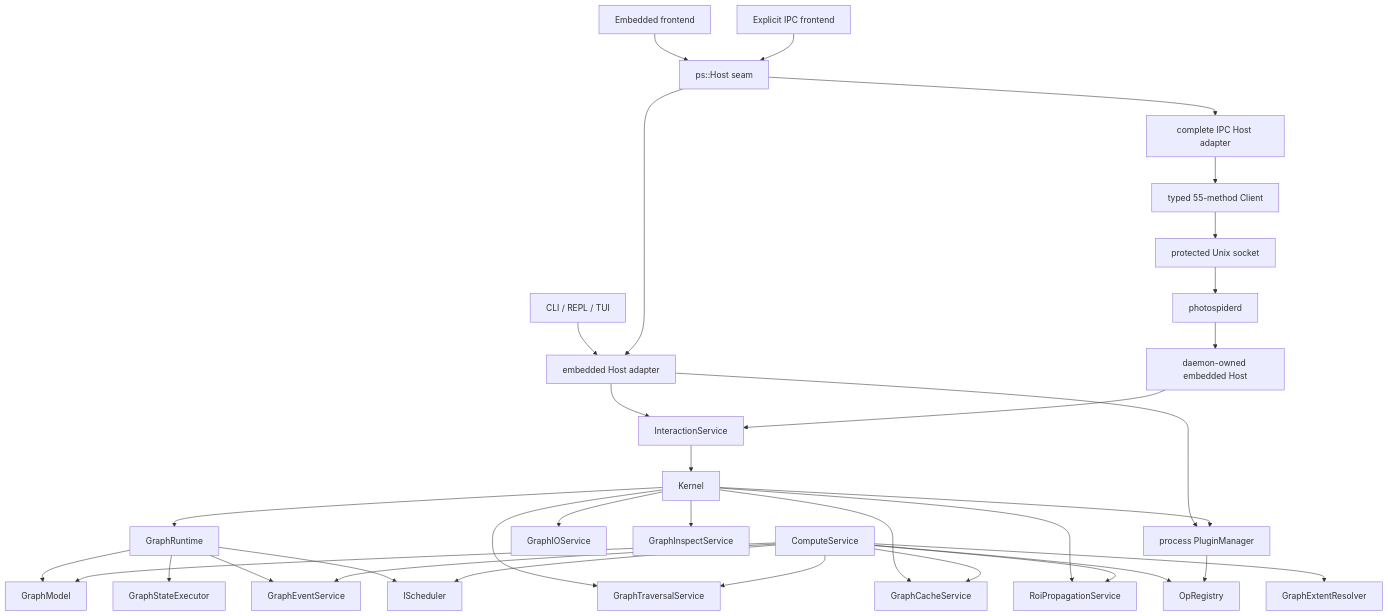
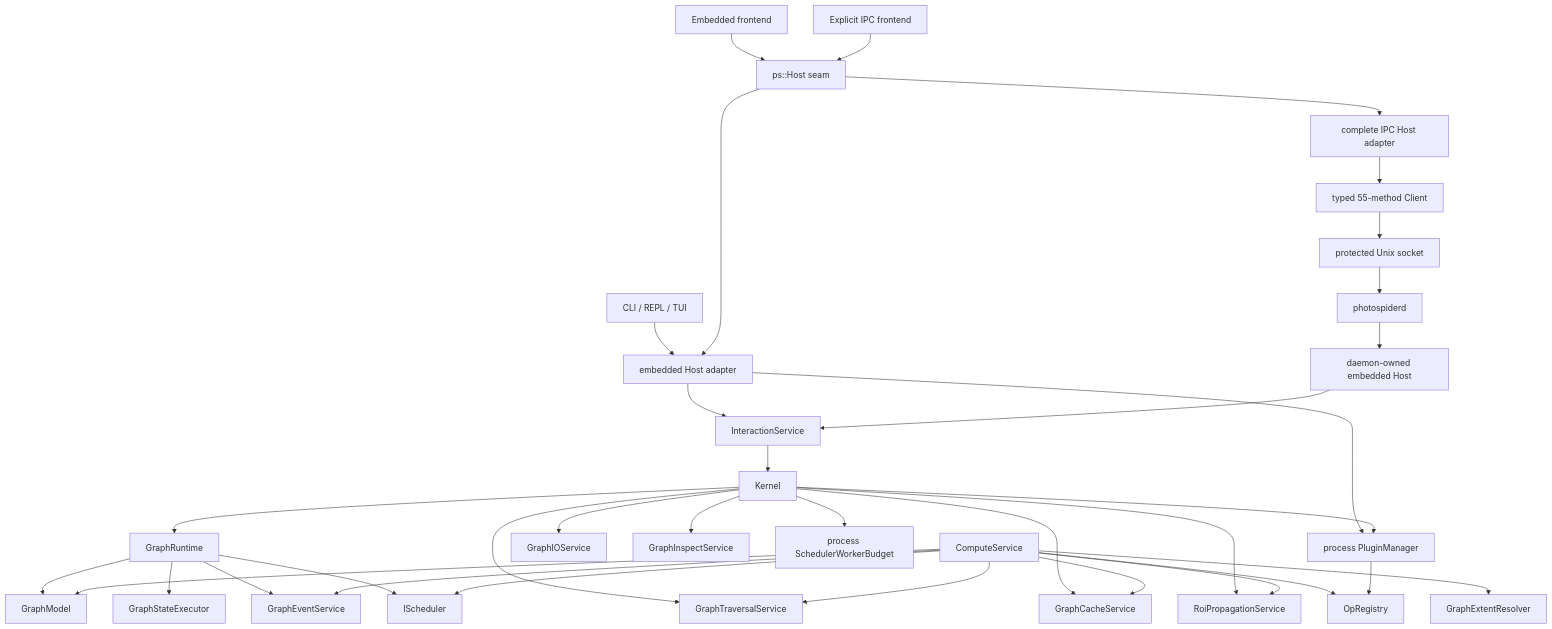
Before and after one commit to kevin-zf1123/photospider: the diagram in docs/kernel-architecture/Overview.md, drawn with Mermaid. The commit also changed other lines of this file and 25 other files, not shown here.

````diff
--- a/docs/kernel-architecture/Overview.md
+++ b/docs/kernel-architecture/Overview.md
@@ -131,40 +131,41 @@
 ```mermaid
 graph TD
     CLI["CLI / REPL / TUI"] --> EmbeddedHost["embedded Host adapter"]
     Frontend["Embedded frontend"] --> Host["ps::Host seam"]
     RemoteFrontend["Explicit IPC frontend"] --> Host
     Host --> EmbeddedHost
     Host --> IpcHost["complete IPC Host adapter"]
     IpcHost --> Client["typed 55-method Client"]
     Client --> Socket["protected Unix socket"]
     Socket --> Daemon["photospiderd"]
     Daemon --> DaemonHost["daemon-owned embedded Host"]
     EmbeddedHost --> InteractionService
     DaemonHost --> InteractionService
     EmbeddedHost --> PluginManager["process PluginManager"]
     InteractionService --> Kernel
 
     Kernel --> GraphRuntime
     Kernel --> GraphIOService
     Kernel --> GraphTraversalService
     Kernel --> GraphCacheService
     Kernel --> GraphInspectService
     Kernel --> RoiPropagationService
     Kernel --> PluginManager
+    Kernel --> SchedulerWorkerBudget["process SchedulerWorkerBudget"]
 
     GraphRuntime --> GraphModel
     GraphRuntime --> GraphStateExecutor
     GraphRuntime --> GraphEventService
     GraphRuntime --> IScheduler
 
     ComputeService --> GraphModel
     ComputeService --> GraphTraversalService
     ComputeService --> RoiPropagationService
     ComputeService --> GraphExtentResolver
     ComputeService --> GraphCacheService
     ComputeService --> GraphEventService
     ComputeService --> OpRegistry
     ComputeService --> IScheduler
 
     PluginManager --> OpRegistry
 ```
````
